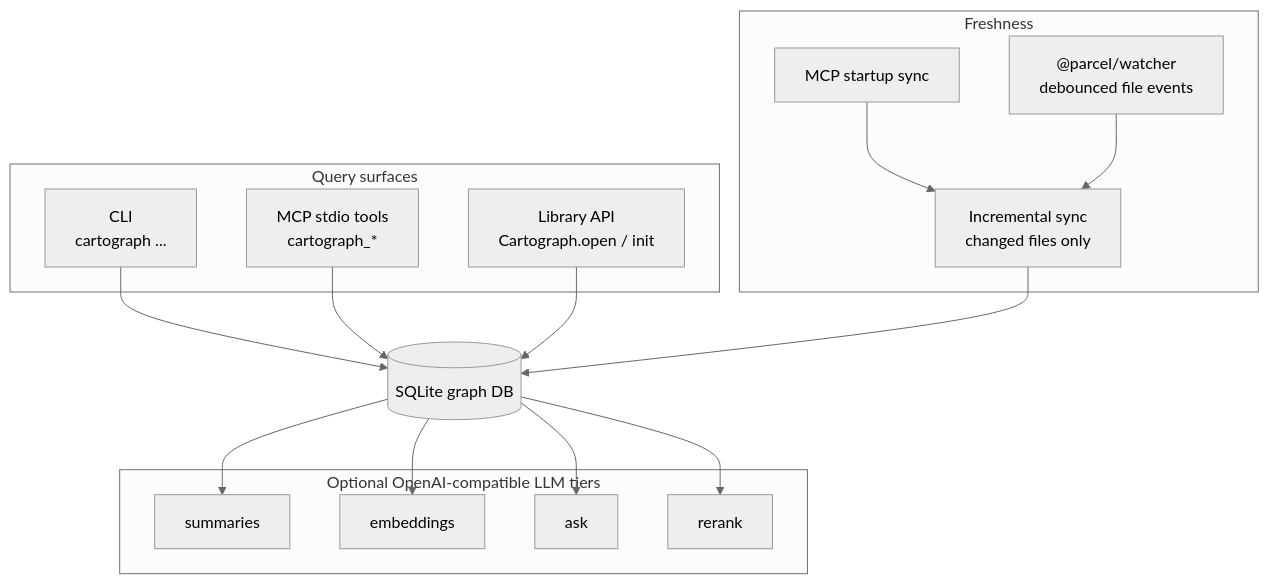
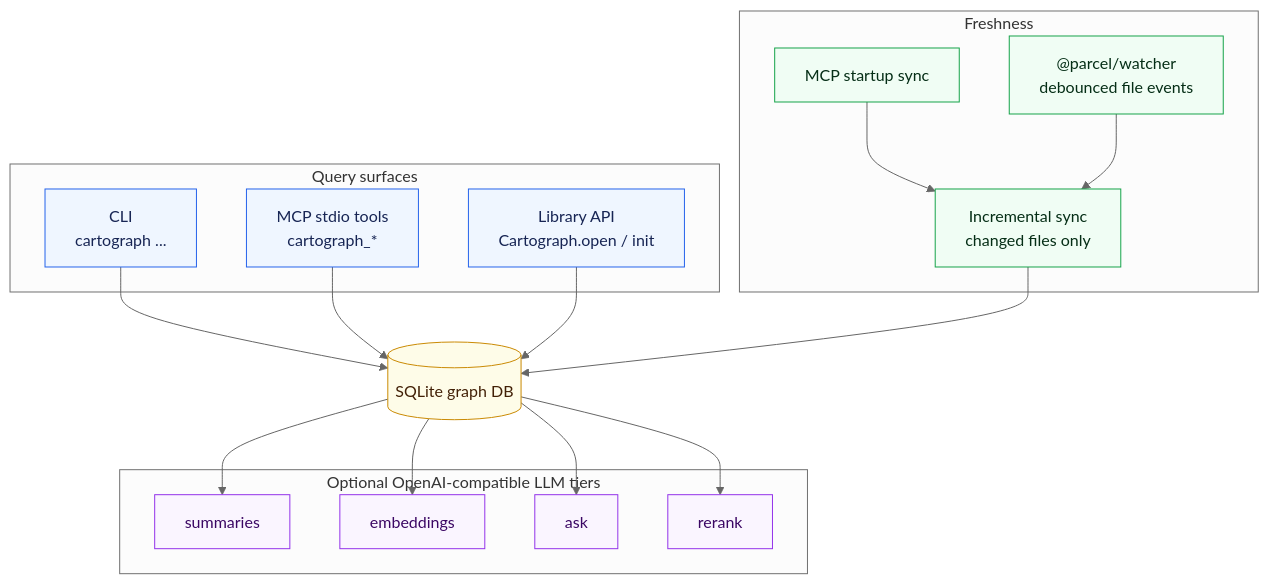
Before and after one commit to adder-factory/Cartograph: the second of 2 diagrams in README.md, drawn with Mermaid (neutral theme). The commit also changed other lines of this file, not shown here.

````diff
--- a/README.md
+++ b/README.md
@@ -226,33 +263,42 @@
 ```mermaid
 flowchart TB
   db[("SQLite graph DB")]
 
   subgraph surfaces["Query surfaces"]
     cli["CLI<br/>cartograph ..."]
     mcp["MCP stdio tools<br/>cartograph_*"]
     api["Library API<br/>Cartograph.open / init"]
   end
 
   subgraph freshness["Freshness"]
     startup["MCP startup sync"]
     watcher["@parcel/watcher<br/>debounced file events"]
     sync["Incremental sync<br/>changed files only"]
   end
 
   subgraph llm["Optional OpenAI-compatible LLM tiers"]
     summaries["summaries"]
     embeddings["embeddings"]
     ask["ask"]
     rerank["rerank"]
   end
 
   cli --> db
   mcp --> db
   api --> db
   startup --> sync --> db
   watcher --> sync
   db --> summaries
   db --> embeddings
   db --> ask
   db --> rerank
+
+  classDef db fill:#fefce8,stroke:#ca8a04,color:#422006
+  classDef surface fill:#eff6ff,stroke:#2563eb,color:#172554
+  classDef fresh fill:#f0fdf4,stroke:#16a34a,color:#052e16
+  classDef optional fill:#faf5ff,stroke:#9333ea,color:#3b0764
+  class db db
+  class cli,mcp,api surface
+  class startup,watcher,sync fresh
+  class summaries,embeddings,ask,rerank optional
 ```
````
